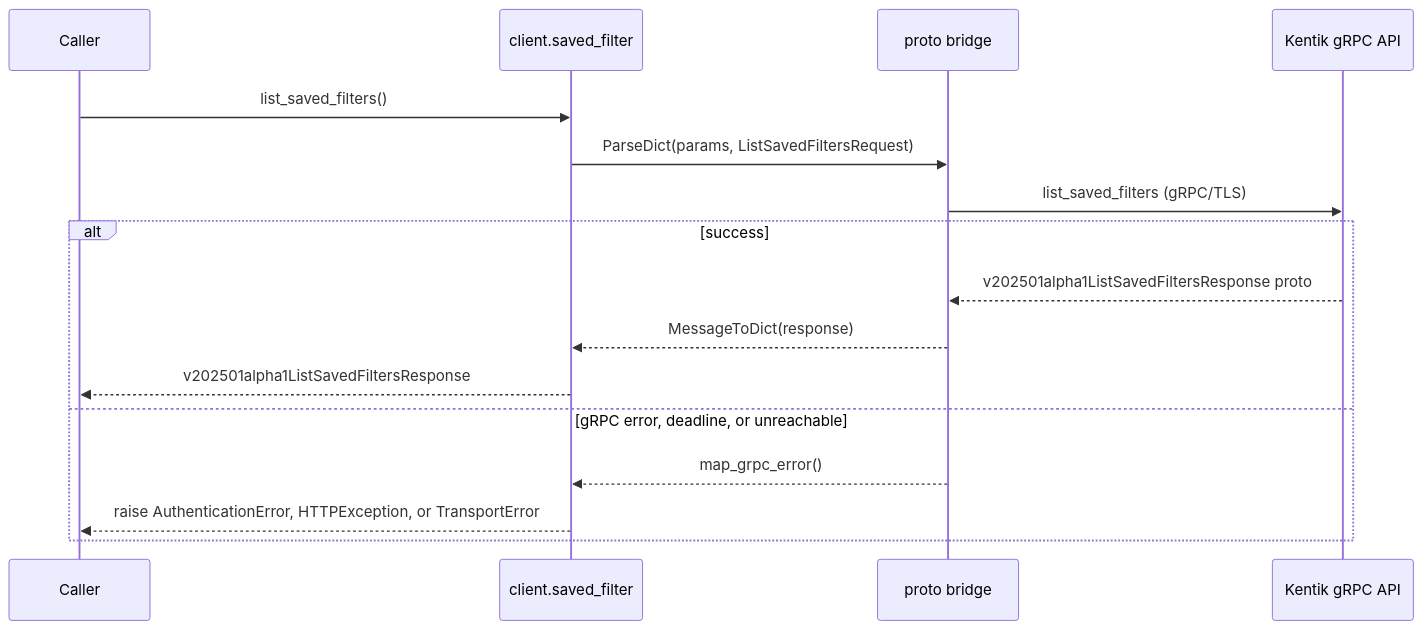
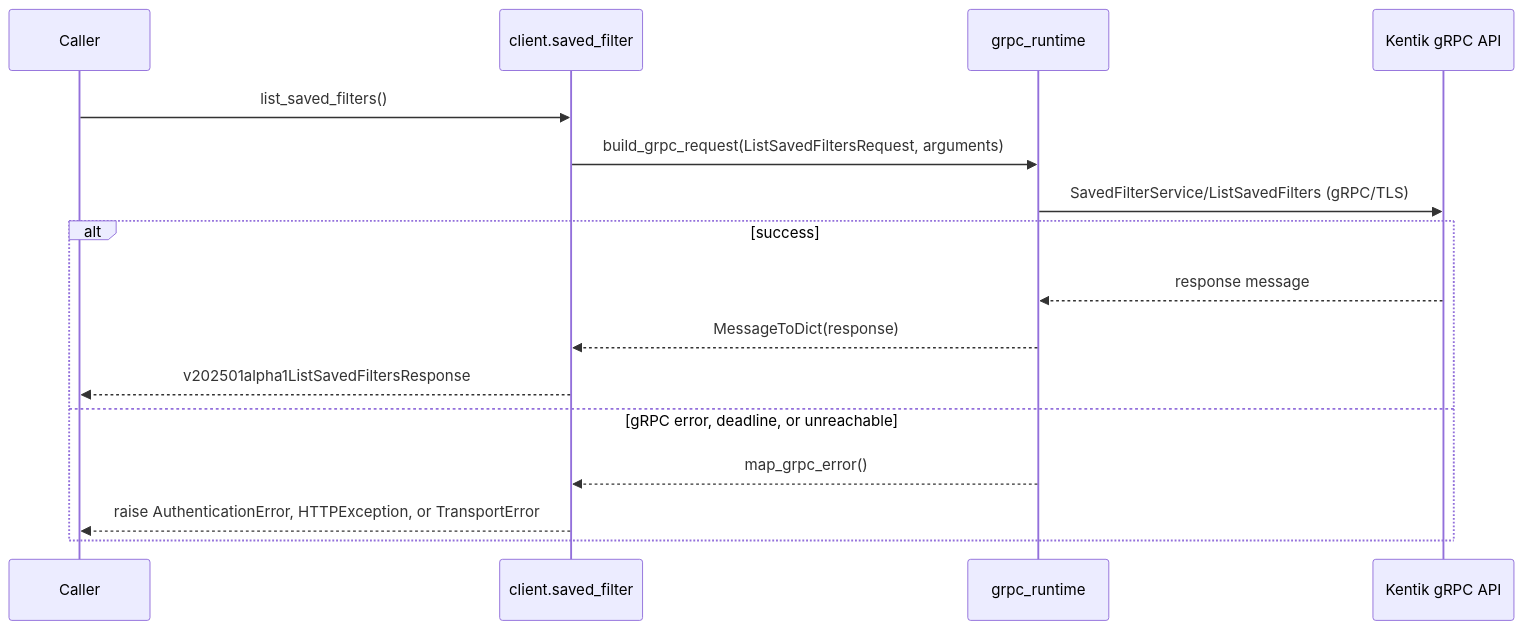
Diagram 11 of 14 in docs/sphinx/services/saved_filter.md (alexdearaujo/community_sdk_python), drawn with Mermaid before and after one commit. The commit also changed other lines of this file and 37 other files, not shown here.

First line of the commit message:
docs: show the real RPC in each service page's gRPC diagram

````diff
--- a/docs/sphinx/services/saved_filter.md
+++ b/docs/sphinx/services/saved_filter.md
@@ -365,19 +365,19 @@
 ```mermaid
 sequenceDiagram
     participant C as Caller
     participant W as client.saved_filter
-    participant B as proto bridge
+    participant R as grpc_runtime
     participant API as Kentik gRPC API
 
     C->>W: list_saved_filters()
-    W->>B: ParseDict(params, ListSavedFiltersRequest)
-    B->>API: list_saved_filters (gRPC/TLS)
+    W->>R: build_grpc_request(ListSavedFiltersRequest, arguments)
+    R->>API: SavedFilterService/ListSavedFilters (gRPC/TLS)
     alt success
-        API-->>B: v202501alpha1ListSavedFiltersResponse proto
-        B-->>W: MessageToDict(response)
+        API-->>R: response message
+        R-->>W: MessageToDict(response)
         W-->>C: v202501alpha1ListSavedFiltersResponse
     else gRPC error, deadline, or unreachable
-        B-->>W: map_grpc_error()
+        R-->>W: map_grpc_error()
         W-->>C: raise AuthenticationError, HTTPException, or TransportError
     end
 ```
````
